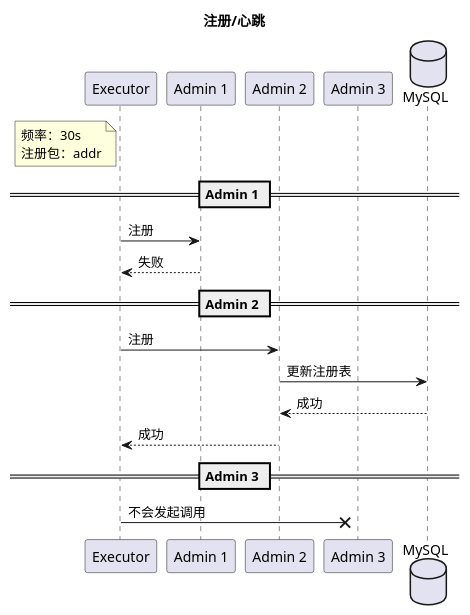
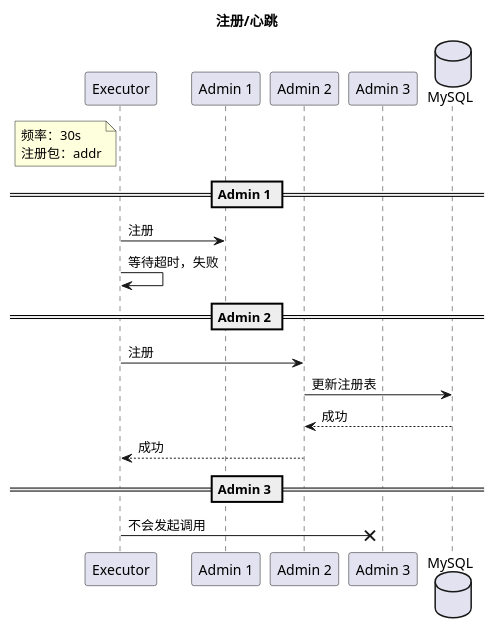
One commit to Sean-K-Wu/xxl-job changed the diagram in doc/uml/sequence/executor/registry.puml. Above: the diagram before and after it, drawn with PlantUML. The commit also changed 13 other files, not shown here.

```diff
--- a/doc/uml/sequence/executor/registry.puml
+++ b/doc/uml/sequence/executor/registry.puml
@@ -1,26 +1,26 @@
 @startuml
 title 注册/心跳
 
 participant e as "Executor" order 10
 participant a1 as "Admin 1" order 20
 participant a2 as "Admin 2" order 30
 participant a3 as "Admin 3" order 40
 database m as "MySQL" order 50
 
 note left of e
     频率：30s
     注册包：addr
 end note
 == Admin 1 ==
 e -> a1 : 注册
-e <-- a1 : 失败
+e -> e : 等待超时，失败
 
 == Admin 2 ==
 e -> a2 : 注册
 a2 -> m : 更新注册表
 a2 <-- m : 成功
 e <-- a2 : 成功
 
 == Admin 3 ==
 e ->x a3 : 不会发起调用
 @enduml
```
